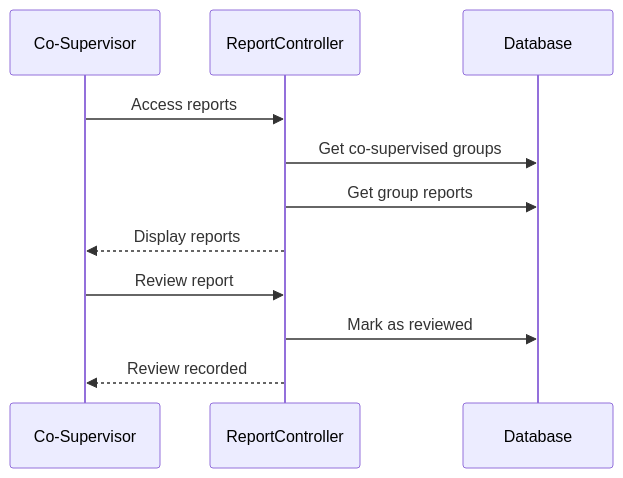
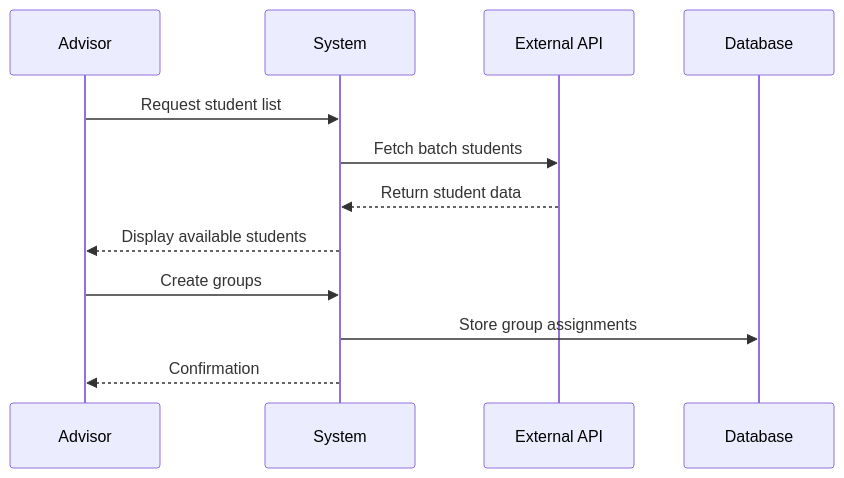
The eighth of 16 diagrams in sequence.md (abdullah2323442/thesisrepo-backup), drawn with Mermaid before and after one commit. The commit also changed other lines of this file, not shown here.

Commit message:
refactor(sequence-diagrams): Revise sequence diagrams for improved clarity and organization of system workflows

````diff
--- a/sequence.md
+++ b/sequence.md
@@ -248,14 +147,15 @@
 ```mermaid
 sequenceDiagram
-    participant CS as Co-Supervisor
-    participant RC as ReportController
-    participant DB as Database
+    participant Advisor
+    participant System
+    participant External API
+    participant Database
 
-    CS->>RC: Access reports
-    RC->>DB: Get co-supervised groups
-    RC->>DB: Get group reports
-    RC-->>CS: Display reports
-    CS->>RC: Review report
-    RC->>DB: Mark as reviewed
-    RC-->>CS: Review recorded
+    Advisor->>System: Request student list
+    System->>External API: Fetch batch students
+    External API-->>System: Return student data
+    System-->>Advisor: Display available students
+    Advisor->>System: Create groups
+    System->>Database: Store group assignments
+    System-->>Advisor: Confirmation
 ```
````
